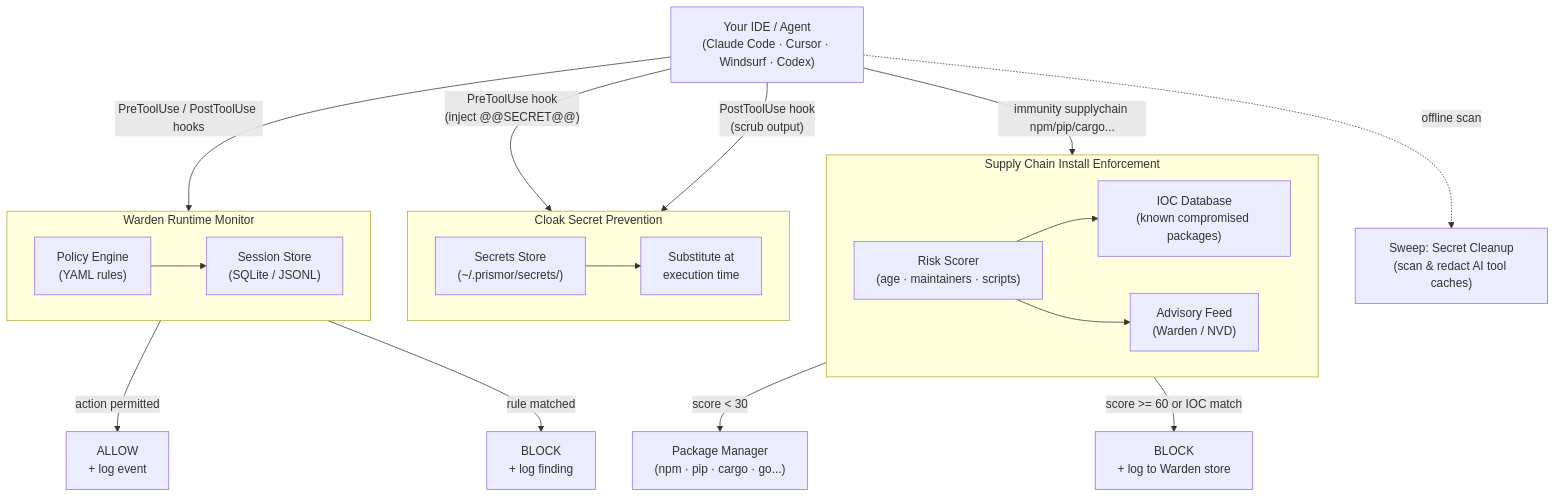
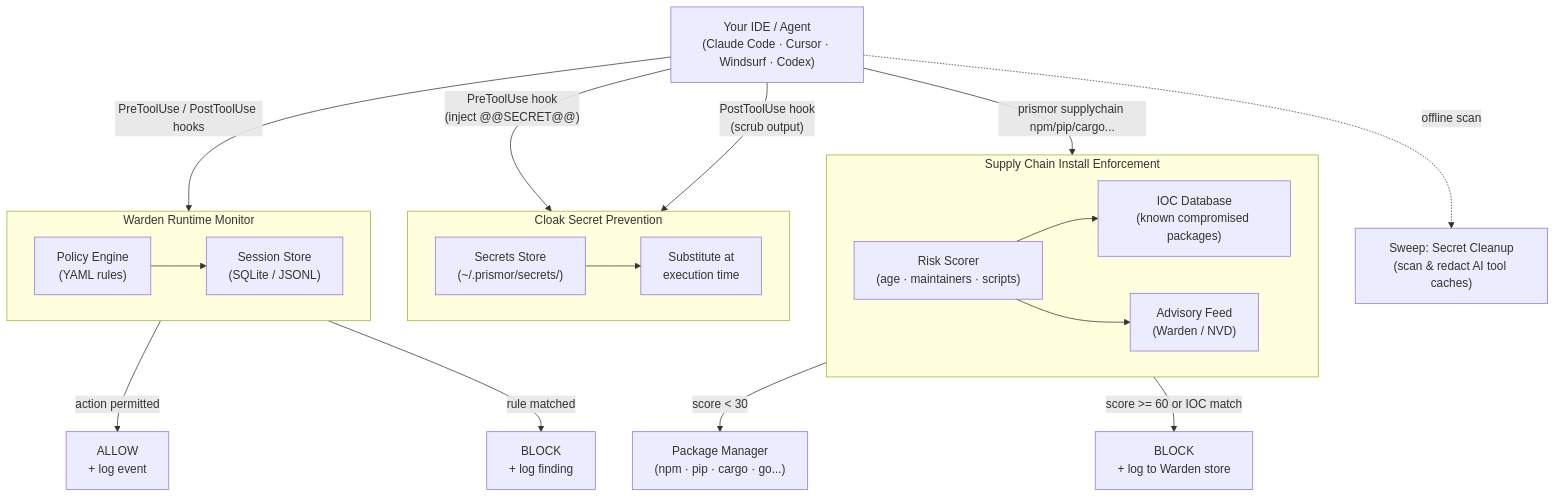
One commit to Priyansh10ff/immunity-agent changed the diagram in README.md. Above: the diagram before and after it, drawn with Mermaid. The commit also changed other lines of this file and 48 other files, not shown here.

````diff
--- a/README.md
+++ b/README.md
@@ -271,40 +271,40 @@
 ```mermaid
 flowchart TD
     IDE["Your IDE / Agent\n(Claude Code · Cursor · Windsurf · Codex)"]
 
     IDE -->|"PreToolUse / PostToolUse hooks"| Warden
 
     subgraph Warden["Warden Runtime Monitor"]
         Policy["Policy Engine\n(YAML rules)"]
         Session["Session Store\n(SQLite / JSONL)"]
         Policy --> Session
     end
 
     Warden -->|"action permitted"| Allow["ALLOW\n+ log event"]
     Warden -->|"rule matched"| Block["BLOCK\n+ log finding"]
 
     IDE -->|"PreToolUse hook\n(inject @@SECRET@@)"| Cloak
     IDE -->|"PostToolUse hook\n(scrub output)"| Cloak
 
     subgraph Cloak["Cloak Secret Prevention"]
         Store["Secrets Store\n(~/.prismor/secrets/)"]
         Cloak_Hook["Substitute at\nexecution time"]
         Store --> Cloak_Hook
     end
 
     Sweep["Sweep: Secret Cleanup\n(scan & redact AI tool caches)"]
     IDE -.->|"offline scan"| Sweep
 
-    IDE -->|"immunity supplychain npm/pip/cargo..."| SC
+    IDE -->|"prismor supplychain npm/pip/cargo..."| SC
 
     subgraph SC["Supply Chain Install Enforcement"]
         Scorer["Risk Scorer\n(age · maintainers · scripts)"]
         IOC["IOC Database\n(known compromised packages)"]
         Feed["Advisory Feed\n(Warden / NVD)"]
         Scorer --> IOC
         Scorer --> Feed
     end
 
     SC -->|"score < 30"| PkgMgr["Package Manager\n(npm · pip · cargo · go...)"]
     SC -->|"score >= 60 or IOC match"| SCBlock["BLOCK\n+ log to Warden store"]
 ```
````
